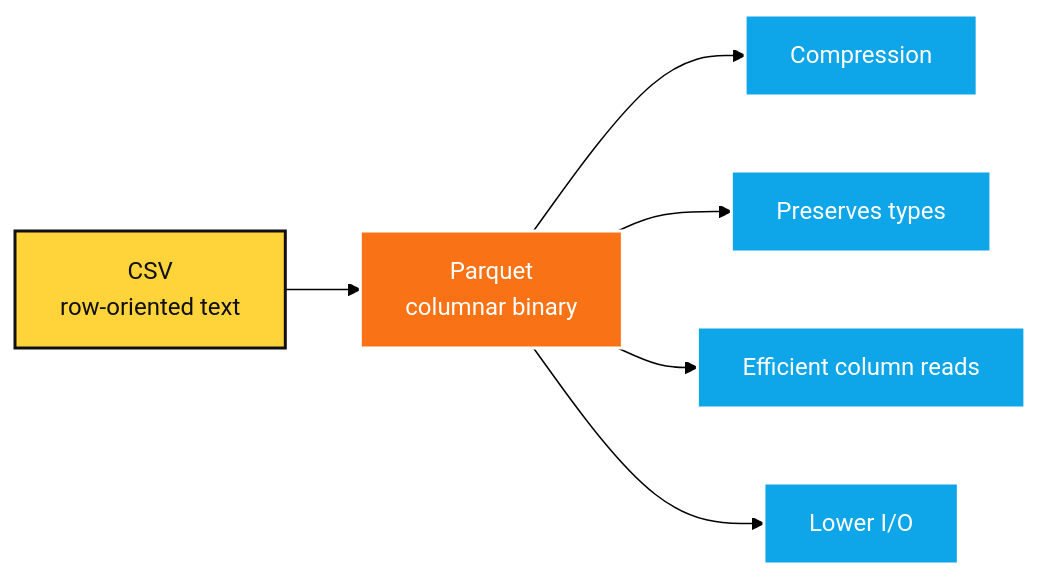
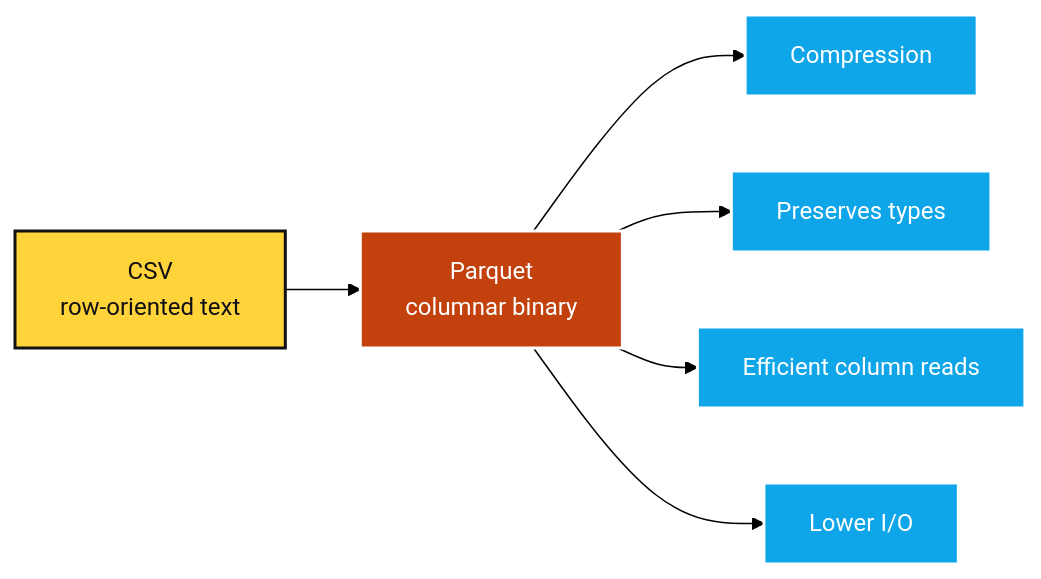
The fourth of 12 diagrams in backend_data_science_ai.md (susmitpy/talks), drawn with Mermaid (forest theme) before and after one commit. The commit also changed other lines of this file and 2 other files, not shown here.

````diff
--- a/backend_data_science_ai.md
+++ b/backend_data_science_ai.md
@@ -1002,15 +1009,15 @@
 ```mermaid
 flowchart LR
     CSV[CSV<br/>row-oriented text] --> P[Parquet<br/>columnar binary]
     P --> C[Compression]
     P --> T[Preserves types]
     P --> R[Efficient column reads]
     P --> IO[Lower I/O]
 
     classDef yellow fill:#FFD43B,stroke:#101012,stroke-width:2px,color:#101012;
     classDef blue fill:#0EA5E9,stroke:#FFFFFF,stroke-width:2px,color:#FFFFFF;
-    classDef orange fill:#F97316,stroke:#FFFFFF,stroke-width:2px,color:#FFFFFF;
+    classDef orange fill:#C2410C,stroke:#FFFFFF,stroke-width:2px,color:#FFFFFF;
     class CSV yellow;
     class P orange;
     class C,T,R,IO blue;
 ```
````
